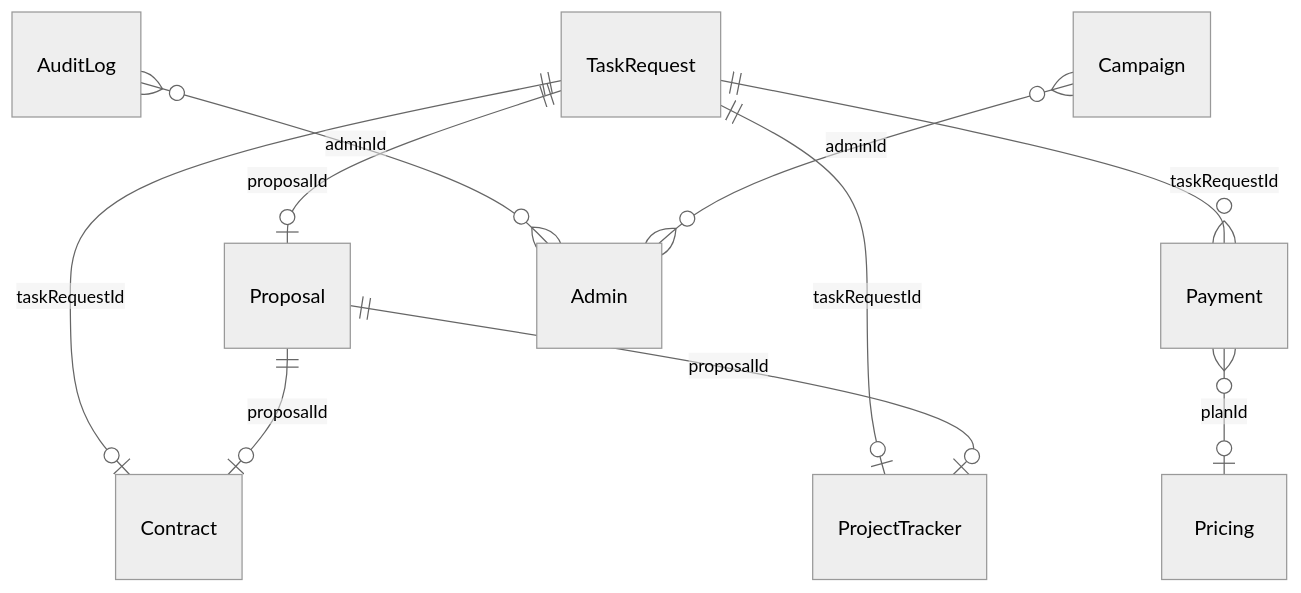
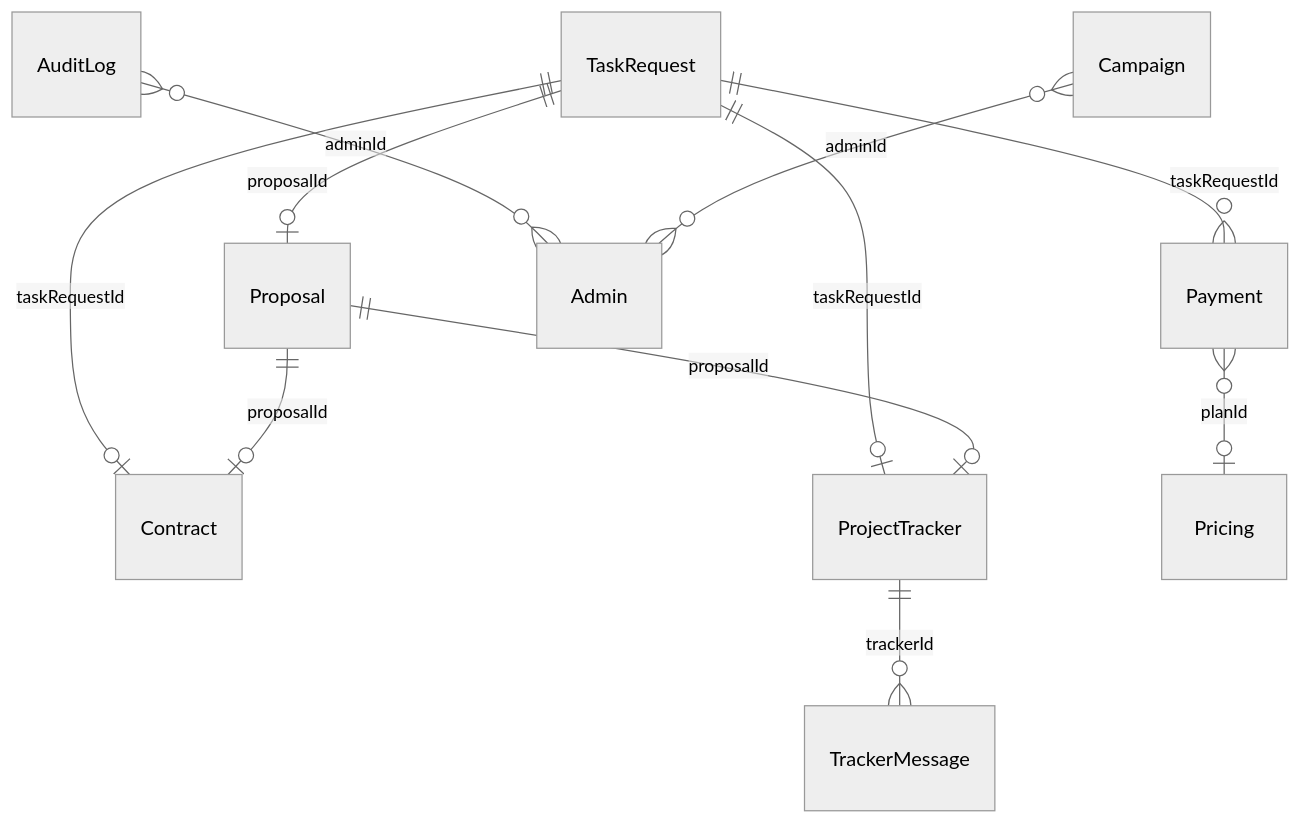
Before and after one commit to MuhammadTahirSundhu/SunTriX-AI: the third of 3 diagrams in PlatformDocumentation.md, drawn with Mermaid (neutral theme). The commit also changed other lines of this file and 102 other files, not shown here.

Commit message:
Redesign and optimize the whole backend, remove dead code, clear and standard backend code architecture

````diff
--- a/PlatformDocumentation.md
+++ b/PlatformDocumentation.md
@@ -1245,15 +1268,17 @@
 ```mermaid
 erDiagram
     TaskRequest ||--o| Proposal : "proposalId"
     TaskRequest ||--o| Contract : "taskRequestId"
     TaskRequest ||--o| ProjectTracker : "taskRequestId"
     TaskRequest ||--o{ Payment : "taskRequestId"
 
     Proposal ||--o| Contract : "proposalId"
     Proposal ||--o| ProjectTracker : "proposalId"
 
+    ProjectTracker ||--o{ TrackerMessage : "trackerId"
+
     Payment }o--o| Pricing : "planId"
 
     AuditLog }o--o{ Admin : "adminId"
     Campaign }o--o{ Admin : "adminId"
 ```
````
